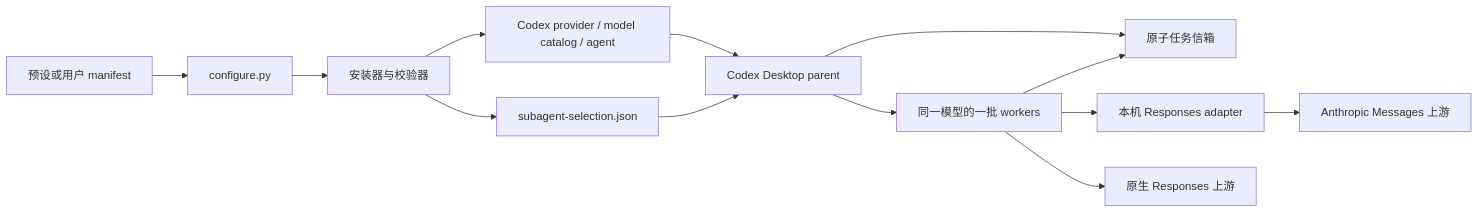
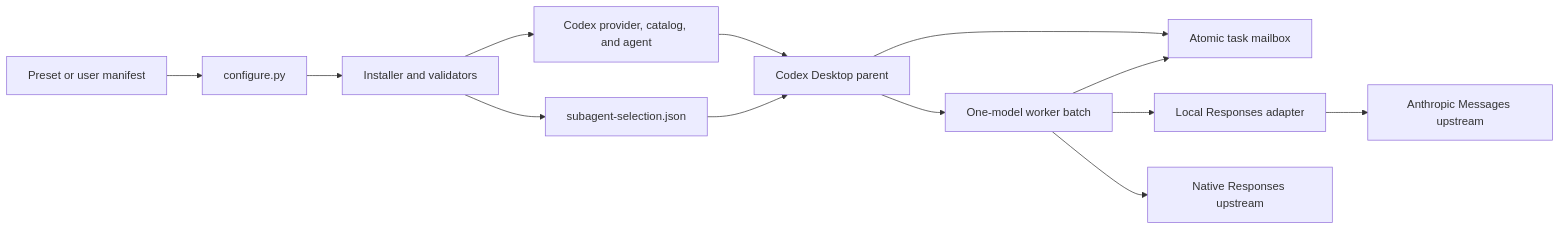
The diagram in docs/ARCHITECTURE.md (wongchisum/codex-ds-sub-agents), drawn with Mermaid before and after one commit. The commit also changed other lines of this file and 51 other files, not shown here.

````diff
--- a/docs/ARCHITECTURE.md
+++ b/docs/ARCHITECTURE.md
@@ -7,15 +9,15 @@
 ```mermaid
 flowchart LR
-  U["预设或用户 manifest"] --> Q["configure.py"]
-  Q --> L["安装器与校验器"]
-  L --> C["Codex provider / model catalog / agent"]
+  U["Preset or user manifest"] --> Q["configure.py"]
+  Q --> L["Installer and validators"]
+  L --> C["Codex provider, catalog, and agent"]
   L --> S["subagent-selection.json"]
   C --> R["Codex Desktop parent"]
   S --> R
-  R --> M["原子任务信箱"]
-  R --> W["同一模型的一批 workers"]
-  W --> A["本机 Responses adapter"]
-  A --> P["Anthropic Messages 上游"]
-  W --> D["原生 Responses 上游"]
+  R --> M["Atomic task mailbox"]
+  R --> W["One-model worker batch"]
+  W --> A["Local Responses adapter"]
+  A --> P["Anthropic Messages upstream"]
+  W --> D["Native Responses upstream"]
   W --> M
 ```
````
